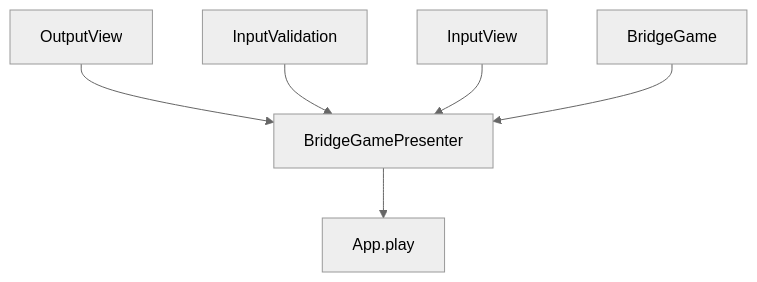
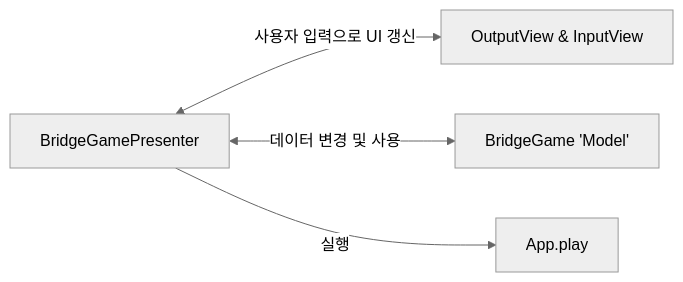
Before and after one commit to woowacourse-precourse/javascript-bridge: the diagram in docs/README.md, drawn with Mermaid (neutral theme). The commit also changed other lines of this file, not shown here.

Commit message:
docs(README): 리팩토링 기능 목록 추가, 구조 차트 수정

````diff
--- a/docs/README.md
+++ b/docs/README.md
@@ -133,8 +133,6 @@
 ```mermaid
-  flowchart TD
-    A[OutputView] --> B[BridgeGamePresenter]
-    E[InputValidation] --> B
-    F[InputView] --> B
-    G[BridgeGame] --> B
-    B --> H[App.play]
+  flowchart LR
+    A[BridgeGamePresenter] <--> |사용자 입력으로 UI 갱신|B[OutputView & InputView]
+    A <--> |데이터 변경 및 사용|D[BridgeGame  'Model']
+    A --> |실행|H[App.play]
 ```
````
